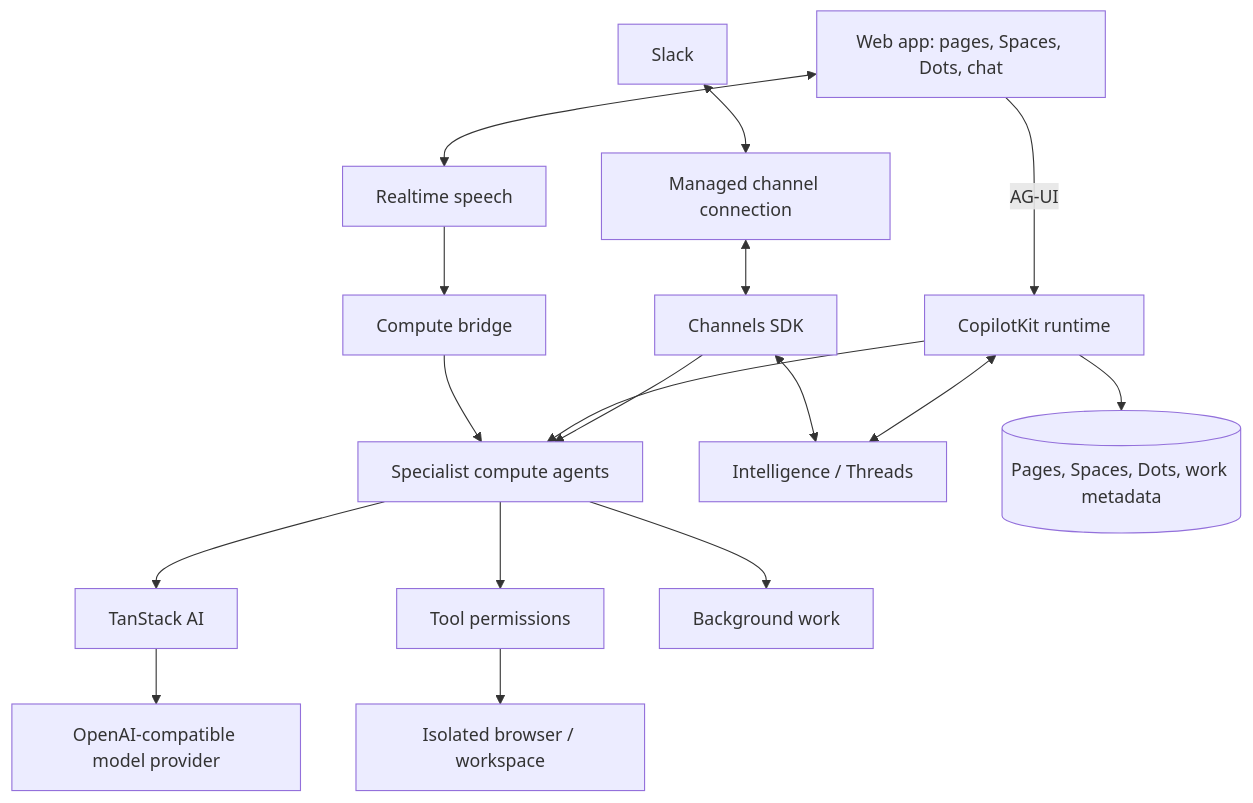
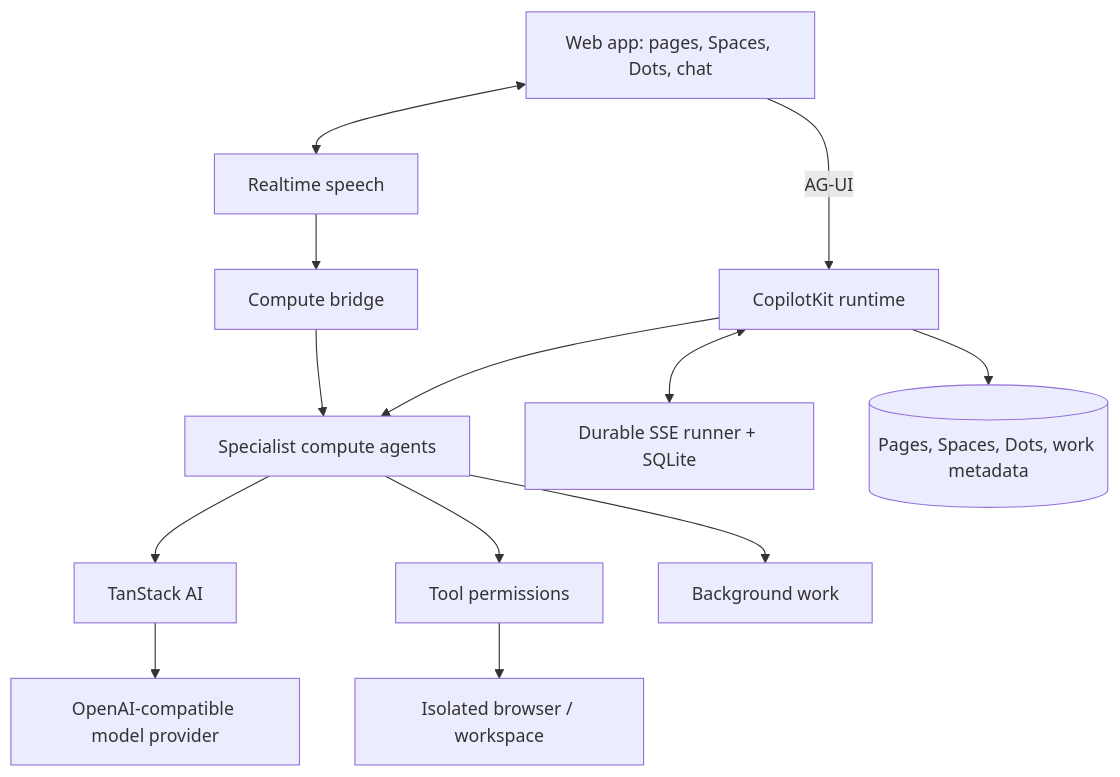
The diagram in README.md (Hajrudin-Zelef/NevaDots), drawn with Mermaid before and after one commit. The commit also changed other lines of this file and 1 other file, not shown here.

First line of the commit message:
docs(readme): réécriture NevaDots (sans Intelligence, runner SSE + SQLite)

````diff
--- a/README.md
+++ b/README.md
@@ -152,19 +121,15 @@
 ```mermaid
 flowchart TB
   Web["Web app: pages, Spaces, Dots, chat"] -->|AG-UI| Runtime[CopilotKit runtime]
-  Slack[Slack] <--> Managed[Managed channel connection]
-  Managed <--> Channels[Channels SDK]
-  Channels --> Agents[Specialist compute agents]
-  Runtime --> Agents
+  Runtime --> Agents[Specialist compute agents]
   Agents --> AI[TanStack AI]
   AI --> Provider[OpenAI-compatible model provider]
-  Runtime <--> Intelligence["Intelligence / Threads"]
-  Channels <--> Intelligence
+  Runtime <--> Store["Durable SSE runner + SQLite"]
   Web <--> Speech[Realtime speech]
   Speech --> Bridge[Compute bridge]
   Bridge --> Agents
   Agents --> Controls[Tool permissions]
   Controls --> Computer[Isolated browser / workspace]
   Agents --> Jobs[Background work]
   Runtime --> Metadata[(Pages, Spaces, Dots, work metadata)]
 ```
````
